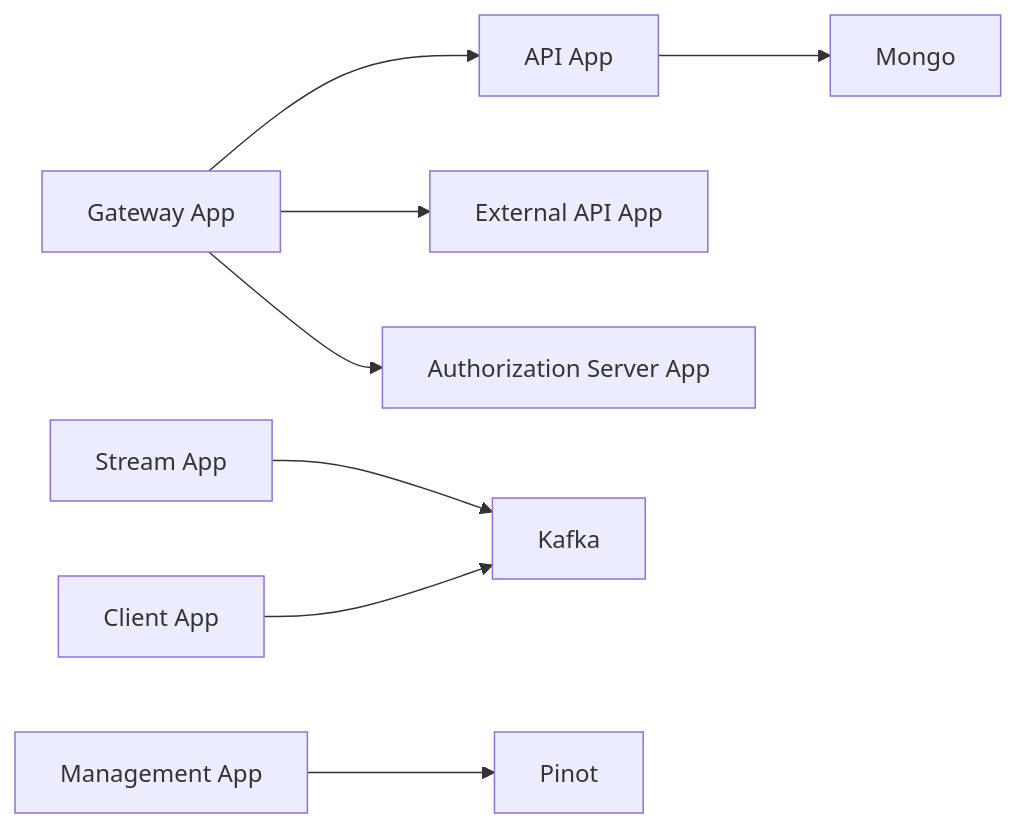
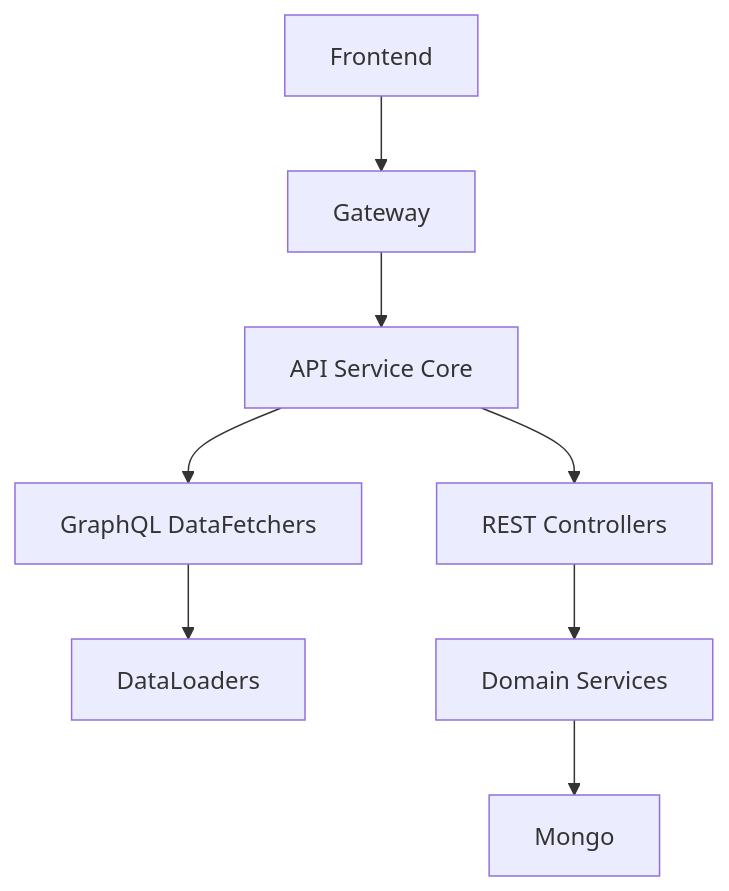
The diagram in docs/architecture/diagrams/README-4.mmd (Praesto-Pro/openframe-oss-tenant), drawn with Mermaid before and after one commit. The commit also changed 174 other files, not shown here.

```diff
--- a/docs/architecture/diagrams/README-4.mmd
+++ b/docs/architecture/diagrams/README-4.mmd
@@ -1,9 +1,9 @@
-flowchart LR
-    GatewayApp["Gateway App"] --> ApiApp["API App"]
-    GatewayApp --> ExternalApiApp["External API App"]
-    GatewayApp --> AuthApp["Authorization Server App"]
-    
-    ApiApp --> Mongo
-    StreamApp["Stream App"] --> Kafka
-    ManagementApp["Management App"] --> Pinot
-    ClientApp["Client App"] --> Kafka
+flowchart TD
+    Client["Frontend"] --> Gateway
+    Gateway --> ApiService["API Service Core"]
+
+    ApiService --> Controllers["REST Controllers"]
+    ApiService --> GraphQL["GraphQL DataFetchers"]
+    GraphQL --> DataLoaders["DataLoaders"]
+    Controllers --> Services["Domain Services"]
+    Services --> Mongo
```
